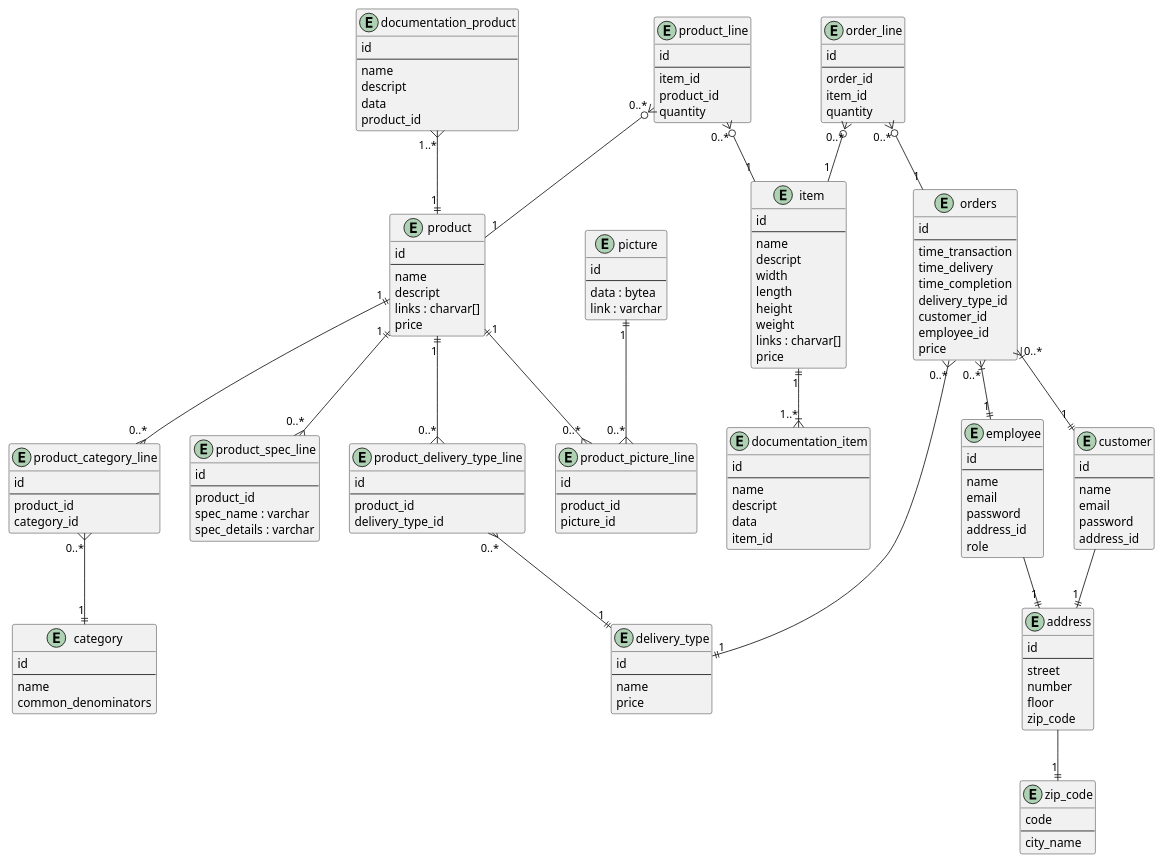
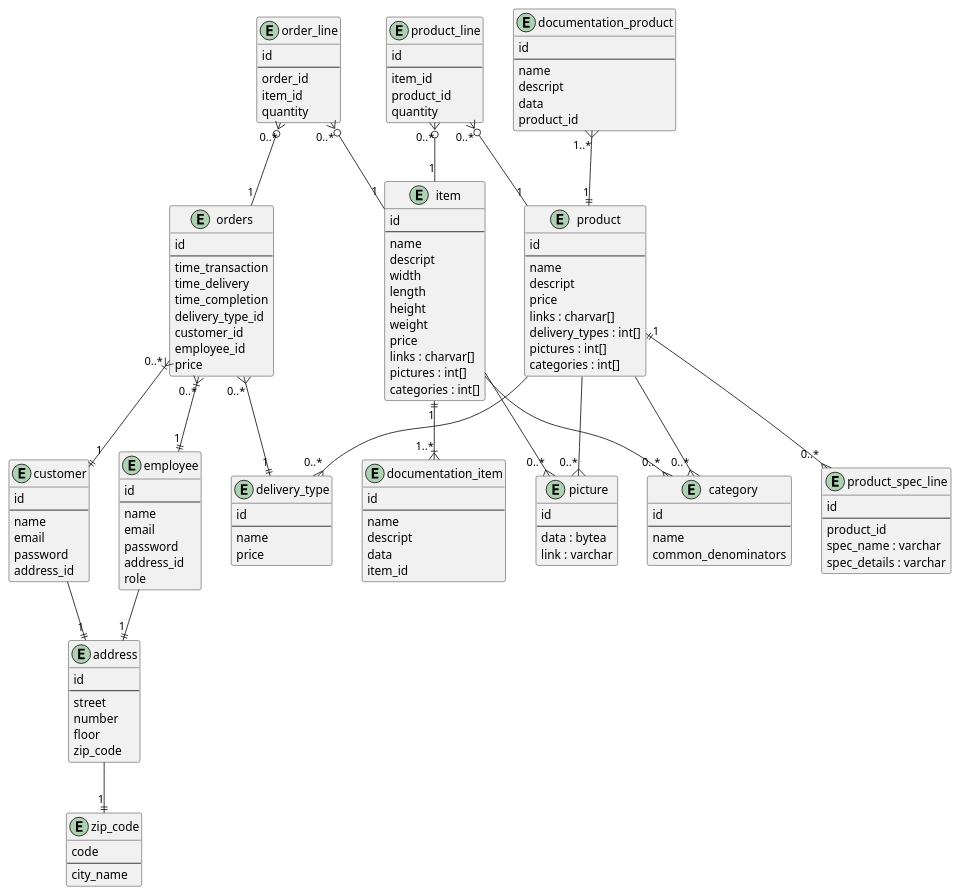
One commit to Oskar123456/carport changed the diagram in report/UML/ERD.puml. Above: the diagram before and after it, drawn with PlantUML. The commit also changed 4 other files, not shown here.

```diff
--- a/report/UML/ERD.puml
+++ b/report/UML/ERD.puml
@@ -1,166 +1,152 @@
 @startuml
 
 entity item {
     id
     --
     name
     descript
     width
     length
     height
     weight
+    price
     links : charvar[]
-    price
+    pictures : int[]
+    categories : int[]
 }
 entity product {
     id
     --
     name
     descript
+    price
     links : charvar[]
-    price
+    delivery_types : int[]
+    pictures : int[]
+    categories : int[]
 }
 entity product_line {
     id
     --
     item_id
     product_id
     quantity
 }
 entity documentation_product {
     id
     --
     name
     descript
     data
     product_id
 }
 entity documentation_item {
     id
     --
     name
     descript
     data
     item_id
 }
 entity customer {
     id
     --
     name
     email
     password
     address_id
 }
 entity employee {
     id
     --
     name
     email
     password
     address_id
     role
 }
 entity orders {
     id
     --
     time_transaction
     time_delivery
     time_completion
     delivery_type_id
     customer_id
     employee_id
     price
 }
 entity order_line {
     id
     --
     order_id
     item_id
     quantity
 }
 entity delivery_type {
     id
     --
     name
     price
 }
 entity category {
     id
     --
     name
     common_denominators
 }
 entity address {
     id
     --
     street
     number
     floor
     zip_code
 }
 entity zip_code {
     code
     --
     city_name
 }
 entity picture {
     id
     --
     data : bytea
     link : varchar
 }
 entity product_spec_line {
     id
     --
     product_id
     spec_name : varchar
     spec_details : varchar
 }
-entity product_category_line {
-    id
-    --
-    product_id
-    category_id
-}
-entity product_delivery_type_line {
-    id
-    --
-    product_id
-    delivery_type_id
-}
-entity product_picture_line {
-    id
-    --
-    product_id
-    picture_id
-}
 
 product_line "0..*" }o-- "1" item
 product_line "0..*" }o-- "1" product
 
-product "1" ||--{ "0..*" product_category_line
-product_category_line "0..*" }--|| "1" category
+product " " --{ "0..*" category
+product " " --{ "0..*" picture
+product " " --{ "0..*" delivery_type
 
-product "1" ||--{ "0..*" product_delivery_type_line
-product_delivery_type_line "0..*" }--|| "1" delivery_type
+item " " --{ "0..*" category
+item " " --{ "0..*" picture
 
 product "1" ||--{ "0..*" product_spec_line
-product "1" ||--{ "0..*" product_picture_line
-picture "1" ||--{ "0..*" product_picture_line
 
 order_line "0..*" }o-- "1" orders
 order_line "0..*" }o-- "1" item
 
 documentation_product "1..*" }--|| "1" product
 item "1" ||--|{ "1..*" documentation_item
 
 orders "0..*" }|--|| "1" customer
 orders "0..*" }|--|| "1" employee
 orders "0..*" }--|| "1" delivery_type
 
 customer " " --|| "1" address
 employee " " --|| "1" address
 
 address " " --|| "1" zip_code
 
 @enduml
```
